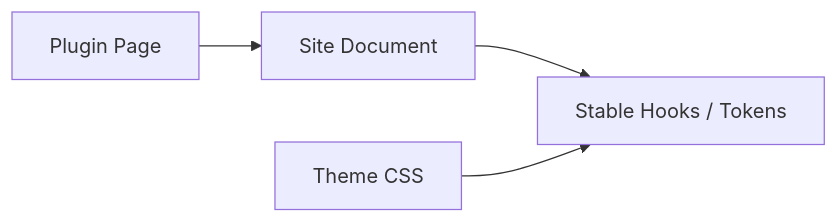
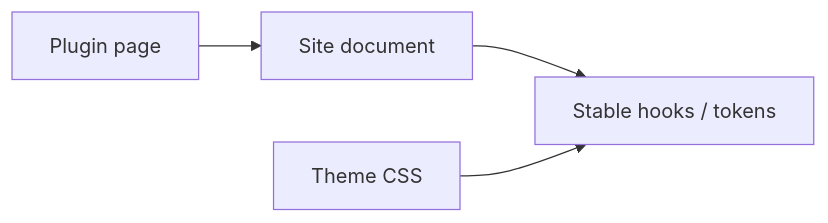
Before and after one commit to Rerurate514/riebeckite: diagram 13 of 14 in docs/docs/framework/page-system.md, drawn with Mermaid. The commit also changed other lines of this file and 604 other files, not shown here.

````diff
--- a/docs/docs/framework/page-system.md
+++ b/docs/docs/framework/page-system.md
@@ -484,11 +460,11 @@
-```mermaid id="r00e0g"
+```mermaid
 flowchart LR
-    Page["Plugin Page"]
-    Site["Site Document"]
-    Hooks["Stable Hooks / Tokens"]
+    Page["Plugin page"]
+    Site["Site document"]
+    Hooks["Stable hooks / tokens"]
     Theme["Theme CSS"]
 
     Page --> Site
     Site --> Hooks
     Theme --> Hooks
 ```
````
